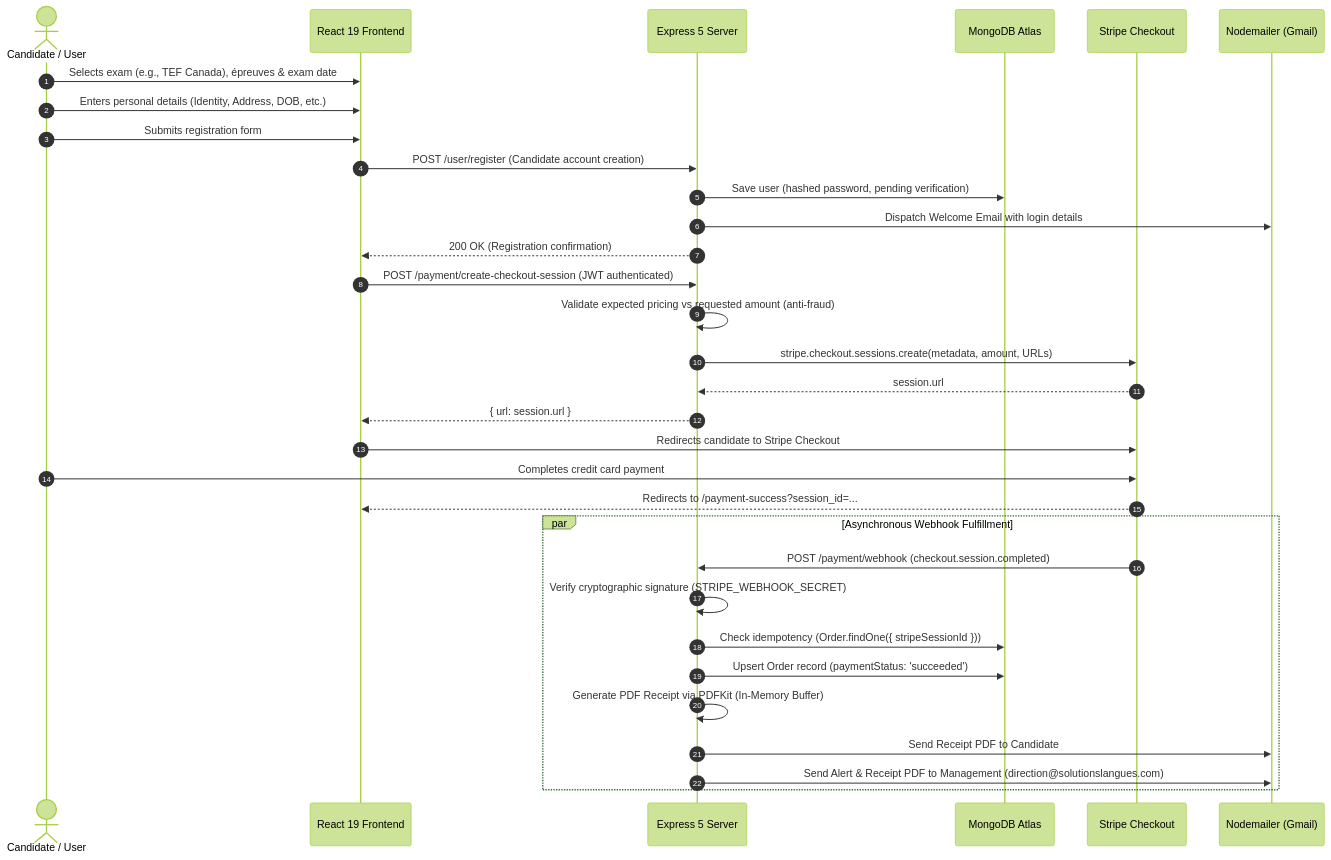
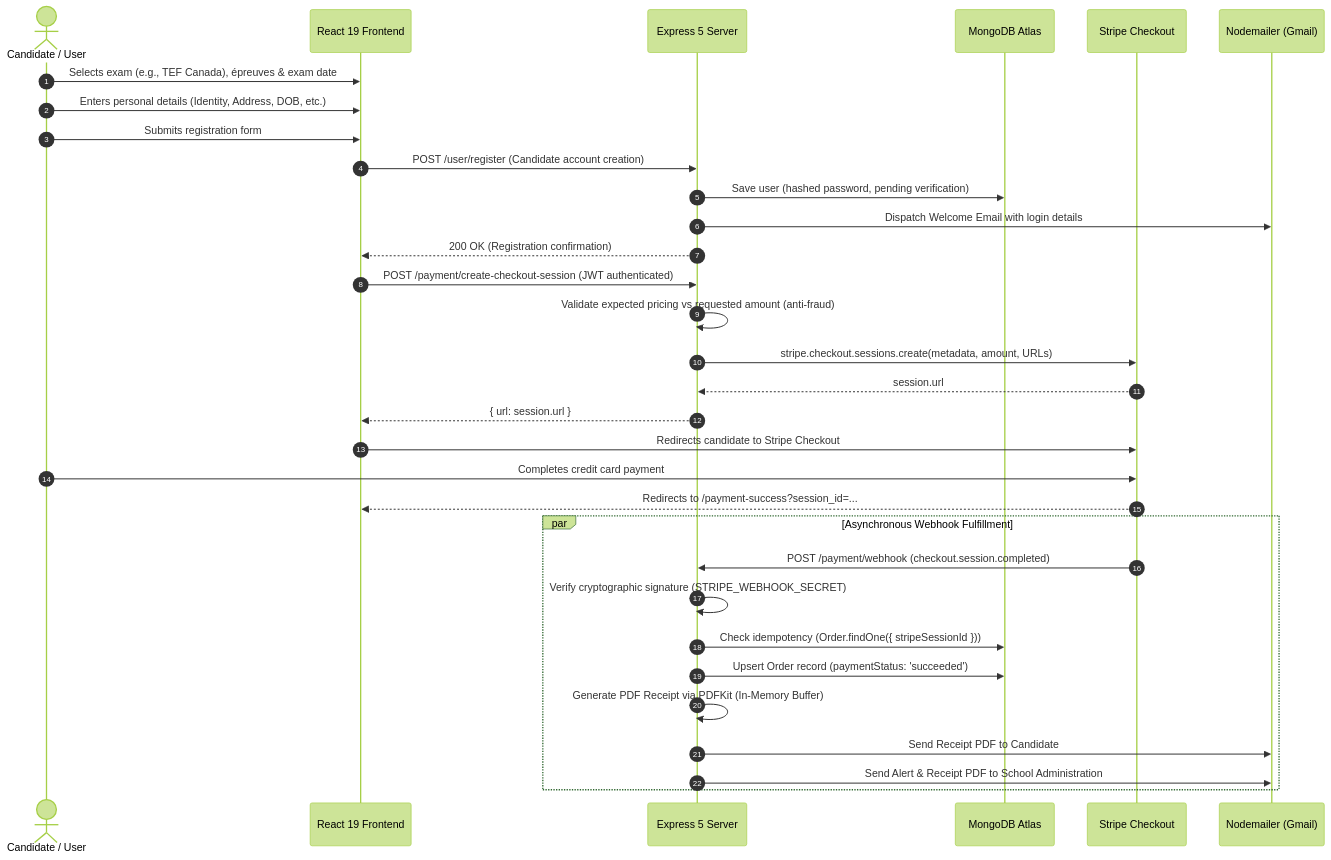
One commit to AmiraZidi/Solutions-Langues-Quebec changed the second of 8 diagrams in DOCUMENTATION.md. Above: the diagram before and after it, drawn with Mermaid (forest theme). The commit also changed other lines of this file, not shown here.

````diff
--- a/DOCUMENTATION.md
+++ b/DOCUMENTATION.md
@@ -124,38 +124,38 @@
 ```mermaid
 sequenceDiagram
     autonumber
     actor Candidate as Candidate / User
     participant React as React 19 Frontend
     participant Server as Express 5 Server
     participant DB as MongoDB Atlas
     participant Stripe as Stripe Checkout
     participant SMTP as Nodemailer (Gmail)
 
     Candidate->>React: Selects exam (e.g., TEF Canada), épreuves & exam date
     Candidate->>React: Enters personal details (Identity, Address, DOB, etc.)
     Candidate->>React: Submits registration form
     React->>Server: POST /user/register (Candidate account creation)
     Server->>DB: Save user (hashed password, pending verification)
     Server->>SMTP: Dispatch Welcome Email with login details
     Server-->>React: 200 OK (Registration confirmation)
 
     React->>Server: POST /payment/create-checkout-session (JWT authenticated)
     Server->>Server: Validate expected pricing vs requested amount (anti-fraud)
     Server->>Stripe: stripe.checkout.sessions.create(metadata, amount, URLs)
     Stripe-->>Server: session.url
     Server-->>React: { url: session.url }
     React->>Stripe: Redirects candidate to Stripe Checkout
 
     Candidate->>Stripe: Completes credit card payment
     Stripe-->>React: Redirects to /payment-success?session_id=...
     
     par Asynchronous Webhook Fulfillment
         Stripe->>Server: POST /payment/webhook (checkout.session.completed)
         Server->>Server: Verify cryptographic signature (STRIPE_WEBHOOK_SECRET)
         Server->>DB: Check idempotency (Order.findOne({ stripeSessionId }))
         Server->>DB: Upsert Order record (paymentStatus: 'succeeded')
         Server->>Server: Generate PDF Receipt via PDFKit (In-Memory Buffer)
         Server->>SMTP: Send Receipt PDF to Candidate
-        Server->>SMTP: Send Alert & Receipt PDF to Management (direction@solutionslangues.com)
+        Server->>SMTP: Send Alert & Receipt PDF to School Administration
     end
 ```
````
